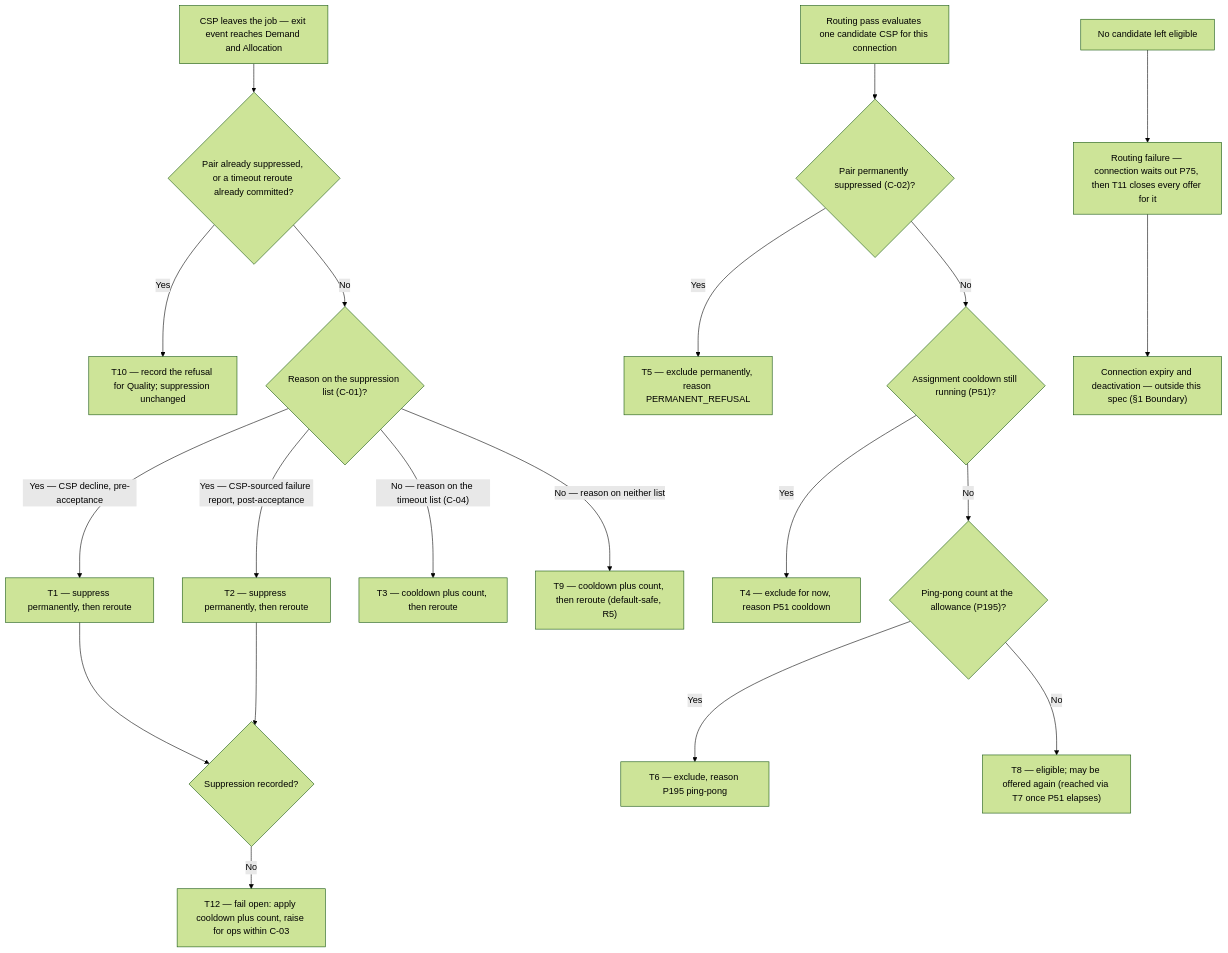
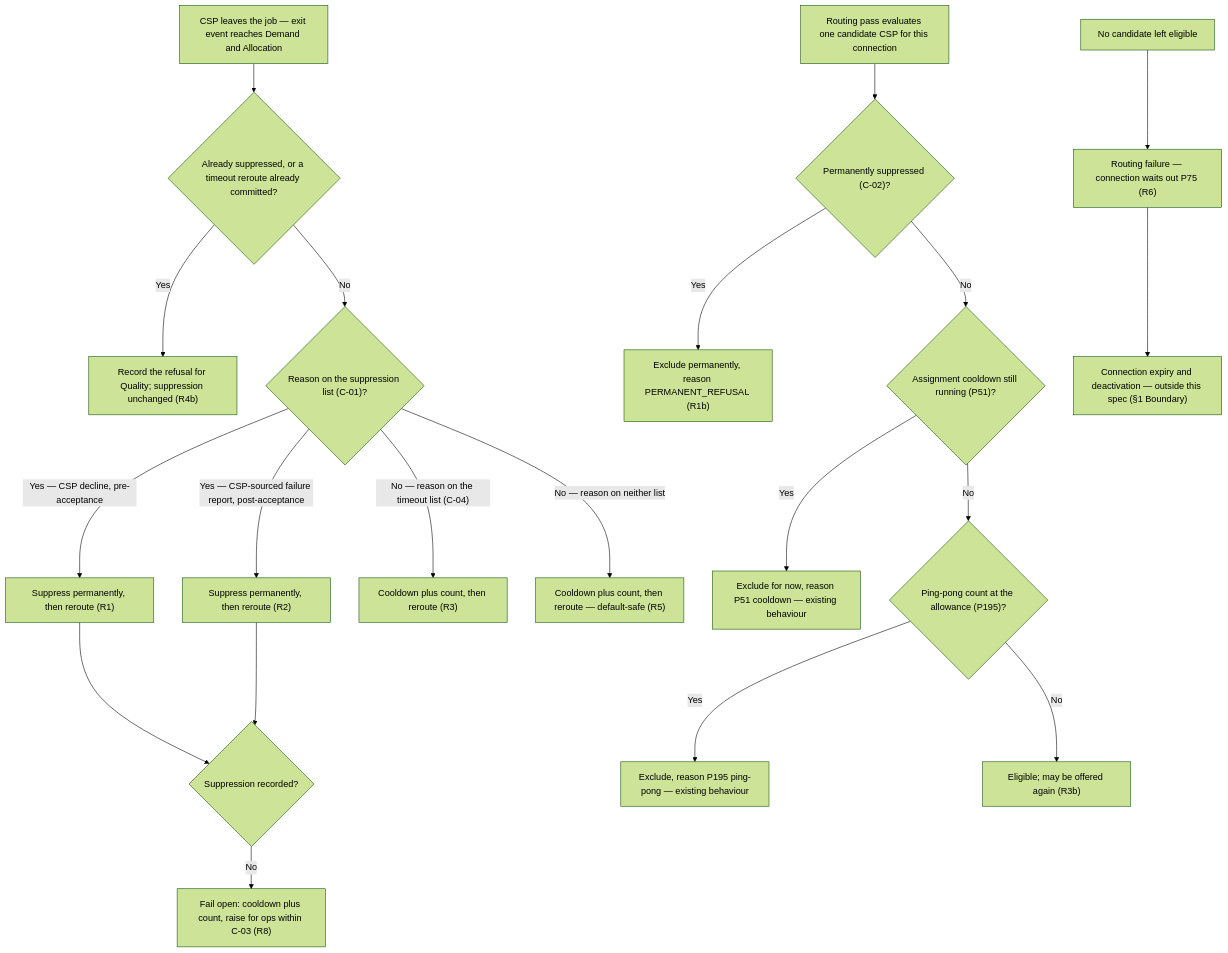
Before and after one commit to ashish-raj-wiom/decline-retrigger-spec: the diagram in Decline_Retrigger_Suppression_PRD.md, drawn with Mermaid (forest theme). The commit also changed other lines of this file and 1 other file, not shown here.

````diff
--- a/Decline_Retrigger_Suppression_PRD.md
+++ b/Decline_Retrigger_Suppression_PRD.md
@@ -74,24 +79,24 @@
 ```mermaid
 flowchart TD
-    A["CSP leaves the job — exit event reaches Demand and Allocation"] --> A2{"Pair already suppressed, or a timeout reroute already committed?"}
-    A2 -- "Yes" --> A3["T10 — record the refusal for Quality; suppression unchanged"]
+    A["CSP leaves the job — exit event reaches Demand and Allocation"] --> A2{"Already suppressed, or a timeout reroute already committed?"}
+    A2 -- "Yes" --> A3["Record the refusal for Quality; suppression unchanged (R4b)"]
     A2 -- "No" --> B{"Reason on the suppression list (C-01)?"}
-    B -- "Yes — CSP decline, pre-acceptance" --> C["T1 — suppress permanently, then reroute"]
-    B -- "Yes — CSP-sourced failure report, post-acceptance" --> D["T2 — suppress permanently, then reroute"]
-    B -- "No — reason on the timeout list (C-04)" --> E["T3 — cooldown plus count, then reroute"]
-    B -- "No — reason on neither list" --> F["T9 — cooldown plus count, then reroute (default-safe, R5)"]
+    B -- "Yes — CSP decline, pre-acceptance" --> C["Suppress permanently, then reroute (R1)"]
+    B -- "Yes — CSP-sourced failure report, post-acceptance" --> D["Suppress permanently, then reroute (R2)"]
+    B -- "No — reason on the timeout list (C-04)" --> E["Cooldown plus count, then reroute (R3)"]
+    B -- "No — reason on neither list" --> F["Cooldown plus count, then reroute — default-safe (R5)"]
     C --> C2{"Suppression recorded?"}
     D --> C2
-    C2 -- "No" --> C3["T12 — fail open: apply cooldown plus count, raise for ops within C-03"]
+    C2 -- "No" --> C3["Fail open: cooldown plus count, raise for ops within C-03 (R8)"]
 
-    G["Routing pass evaluates one candidate CSP for this connection"] --> H{"Pair permanently suppressed (C-02)?"}
-    H -- "Yes" --> I["T5 — exclude permanently, reason PERMANENT_REFUSAL"]
+    G["Routing pass evaluates one candidate CSP for this connection"] --> H{"Permanently suppressed (C-02)?"}
+    H -- "Yes" --> I["Exclude permanently, reason PERMANENT_REFUSAL (R1b)"]
     H -- "No" --> J{"Assignment cooldown still running (P51)?"}
-    J -- "Yes" --> K["T4 — exclude for now, reason P51 cooldown"]
+    J -- "Yes" --> K["Exclude for now, reason P51 cooldown — existing behaviour"]
     J -- "No" --> L{"Ping-pong count at the allowance (P195)?"}
-    L -- "Yes" --> M["T6 — exclude, reason P195 ping-pong"]
-    L -- "No" --> N["T8 — eligible; may be offered again (reached via T7 once P51 elapses)"]
+    L -- "Yes" --> M["Exclude, reason P195 ping-pong — existing behaviour"]
+    L -- "No" --> N["Eligible; may be offered again (R3b)"]
 
-    O["No candidate left eligible"] --> P["Routing failure — connection waits out P75, then T11 closes every offer for it"]
+    O["No candidate left eligible"] --> P["Routing failure — connection waits out P75 (R6)"]
     P --> Q["Connection expiry and deactivation — outside this spec (§1 Boundary)"]
 ```
````
